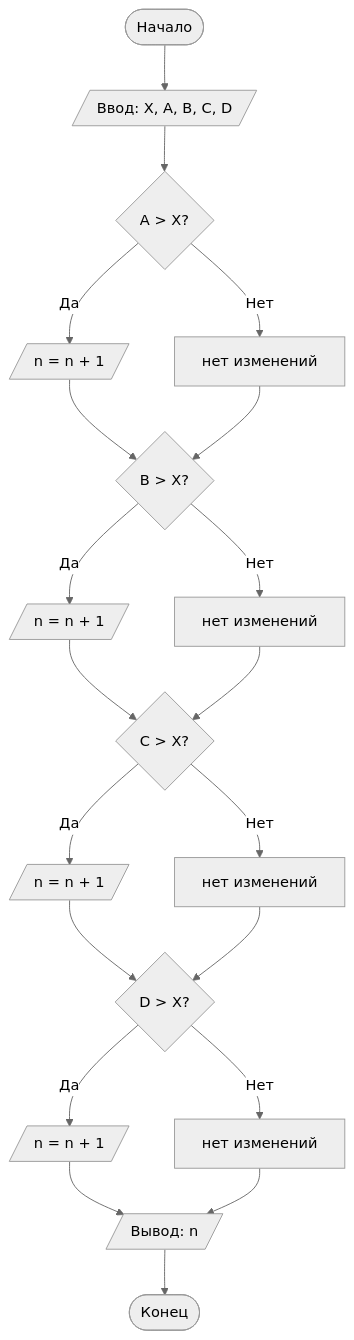
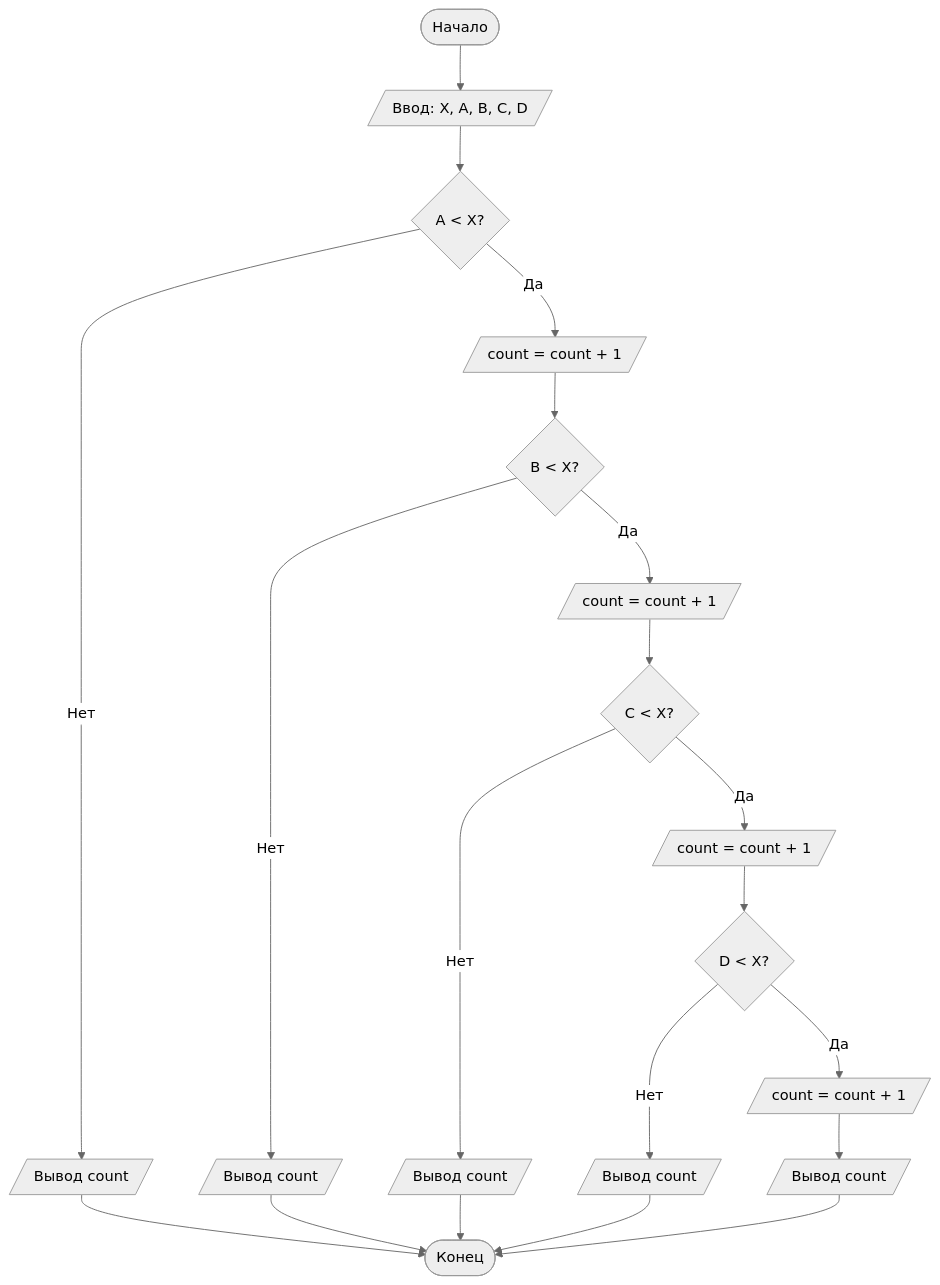
The diagram in README.md (polina450/Lab1), drawn with Mermaid (neutral theme) before and after one commit. The commit also changed other lines of this file, not shown here.

````diff
--- a/README.md
+++ b/README.md
@@ -94,28 +94,23 @@
 ```mermaid
-
 
 graph TD
     A([Начало]) --> B[/Ввод: X, A, B, C, D/]
-    B --> C{A > X?}
-    C -- Да --> C1[/n = n + 1/]
-    C -- Нет --> C2[нет изменений]
-    C1 --> D
-    C2 --> D
-    D{B > X?}
-    D -- Да --> D1[/n = n + 1/]
-    D -- Нет --> D2[нет изменений]
-    D1 --> E
-    D2 --> E
-    E{C > X?}
-    E -- Да --> E1[/n = n + 1/]
-    E -- Нет --> E2[нет изменений]
-    E1 --> F
-    E2 --> F
-    F{D > X?}
-    F -- Да --> F1[/n = n + 1/]
-    F -- Нет --> F2[нет изменений]
-    F1 --> G
-    F2 --> G
-    G[/Вывод: n/]
-    G --> Z([Конец])
+    B --> C{A < X?}
+    C -- Да --> C1[/count = count + 1/]
+    C -- Нет --> C2[/Вывод count/]
+    C2 --> Z([Конец])
+    C1 --> D{B < X?}
+    D -- Да --> D1[/count = count + 1/]
+    D -- Нет --> D2[/Вывод count/]
+    D2 --> Z
+    D1 --> E{C < X?}
+    E -- Да --> E1[/count = count + 1/]
+    E -- Нет --> E2[/Вывод count/]
+    E2 --> Z
+    E1 --> F{D < X?}
+    F -- Да --> F1[/count = count + 1/]
+    F -- Нет --> F2[/Вывод count/]
+    F2 --> Z
+    F1 --> G[/Вывод count/]
+    G --> Z
 ```
````
